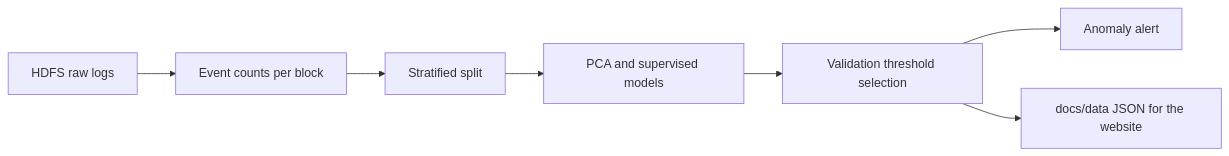
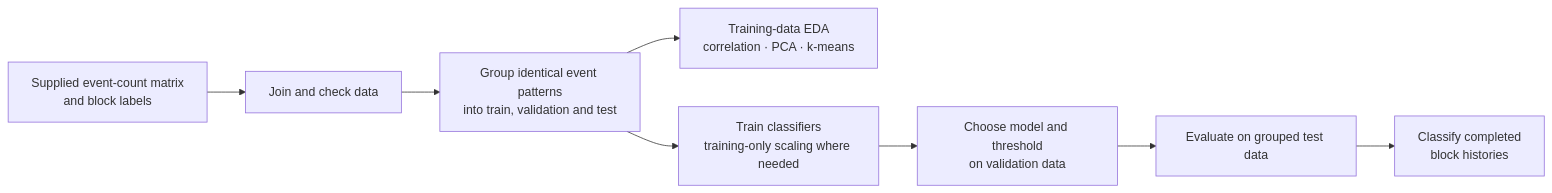
Before and after one commit to Vanshr45/hdfs-incident-radar: the diagram in README.md, drawn with Mermaid. The commit also changed other lines of this file and 67 other files, not shown here.

````diff
--- a/README.md
+++ b/README.md
@@ -76,9 +43,10 @@
 ```mermaid
 flowchart LR
-    A[HDFS raw logs] --> B[Event counts per block]
-    B --> C[Stratified split]
-    C --> D[PCA and supervised models]
-    D --> E[Validation threshold selection]
-    E --> F[Anomaly alert]
-    E --> G[docs/data JSON for the website]
+    A[Supplied event-count matrix<br/>and block labels] --> B[Join and check data]
+    B --> C[Group identical event patterns<br/>into train, validation and test]
+    C --> D[Training-data EDA<br/>correlation · PCA · k-means]
+    C --> E[Train classifiers<br/>training-only scaling where needed]
+    E --> F[Choose model and threshold<br/>on validation data]
+    F --> G[Evaluate on grouped test data]
+    G --> H[Classify completed<br/>block histories]
 ```
````
